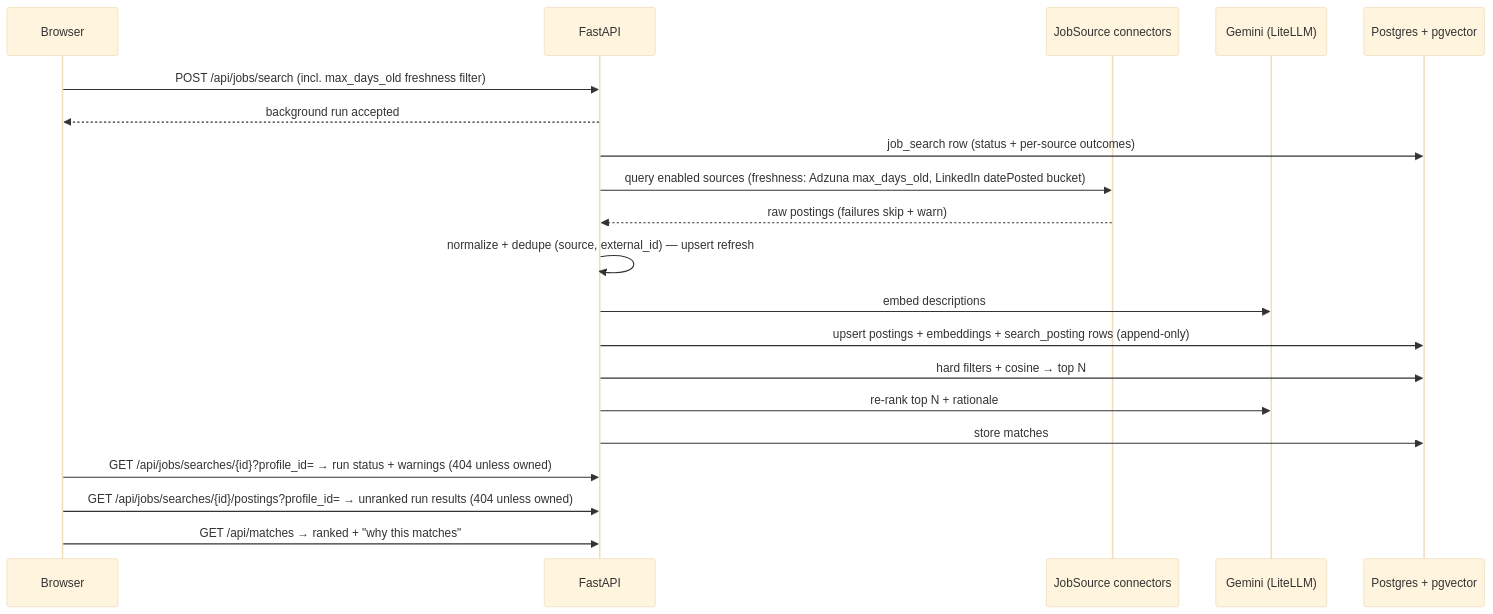
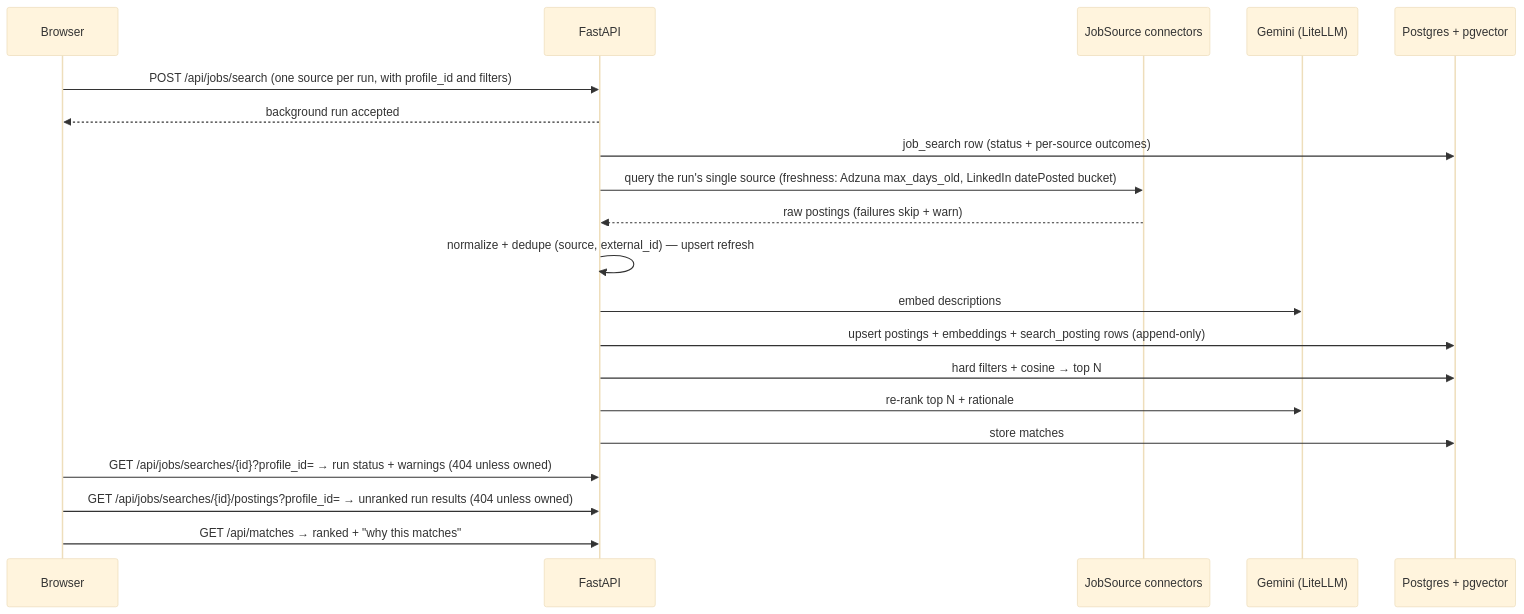
Before and after one commit to MSVhora/ai_job_assistant: the third of 4 diagrams in docs/architecture.md, drawn with Mermaid (base theme). The commit also changed other lines of this file and 32 other files, not shown here.

Commit message:
feat(v3/30): search initiation stepper (one source per run) + profile country persistence fix

````diff
--- a/docs/architecture.md
+++ b/docs/architecture.md
@@ -97,23 +97,23 @@
 ```mermaid
 sequenceDiagram
     participant B as Browser
     participant A as FastAPI
     participant C as JobSource connectors
     participant G as Gemini (LiteLLM)
     participant D as Postgres + pgvector
 
-    B->>A: POST /api/jobs/search (incl. max_days_old freshness filter)
+    B->>A: POST /api/jobs/search (one source per run, with profile_id and filters)
     A-->>B: background run accepted
     A->>D: job_search row (status + per-source outcomes)
-    A->>C: query enabled sources (freshness: Adzuna max_days_old, LinkedIn datePosted bucket)
+    A->>C: query the run's single source (freshness: Adzuna max_days_old, LinkedIn datePosted bucket)
     C-->>A: raw postings (failures skip + warn)
     A->>A: normalize + dedupe (source, external_id) — upsert refresh
     A->>G: embed descriptions
     A->>D: upsert postings + embeddings + search_posting rows (append-only)
     A->>D: hard filters + cosine → top N
     A->>G: re-rank top N + rationale
     A->>D: store matches
     B->>A: GET /api/jobs/searches/{id}?profile_id= → run status + warnings (404 unless owned)
     B->>A: GET /api/jobs/searches/{id}/postings?profile_id= → unranked run results (404 unless owned)
     B->>A: GET /api/matches → ranked + "why this matches"
 ```
````
